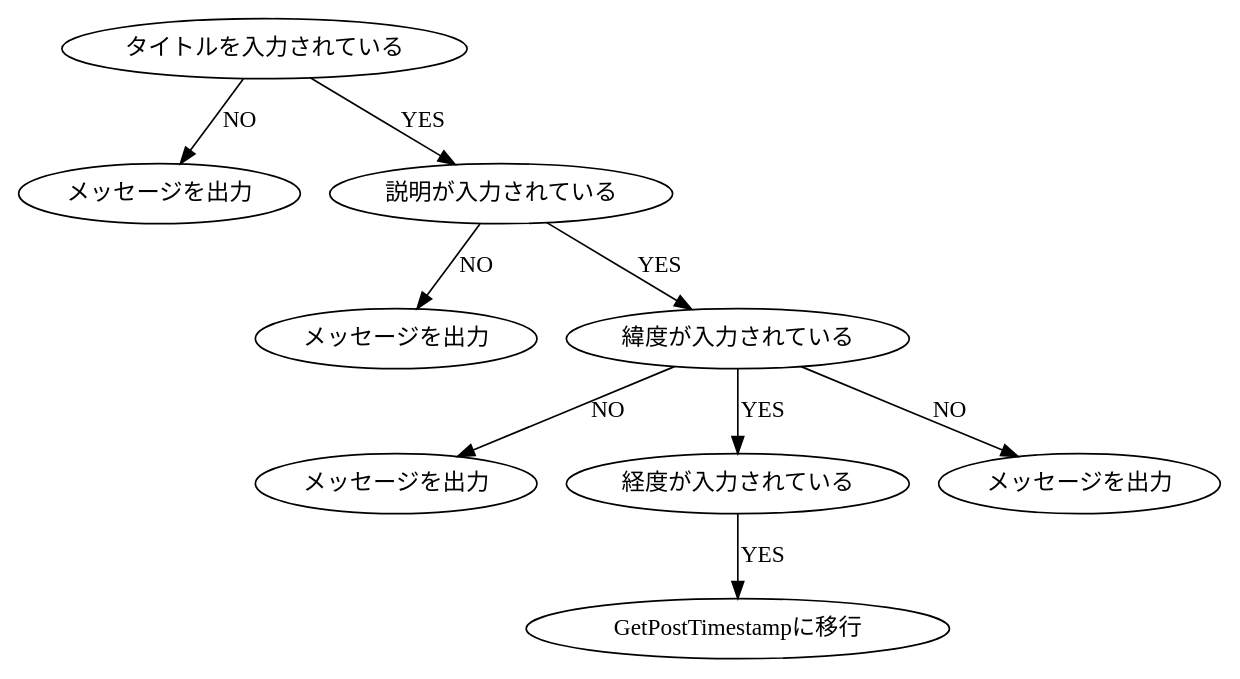
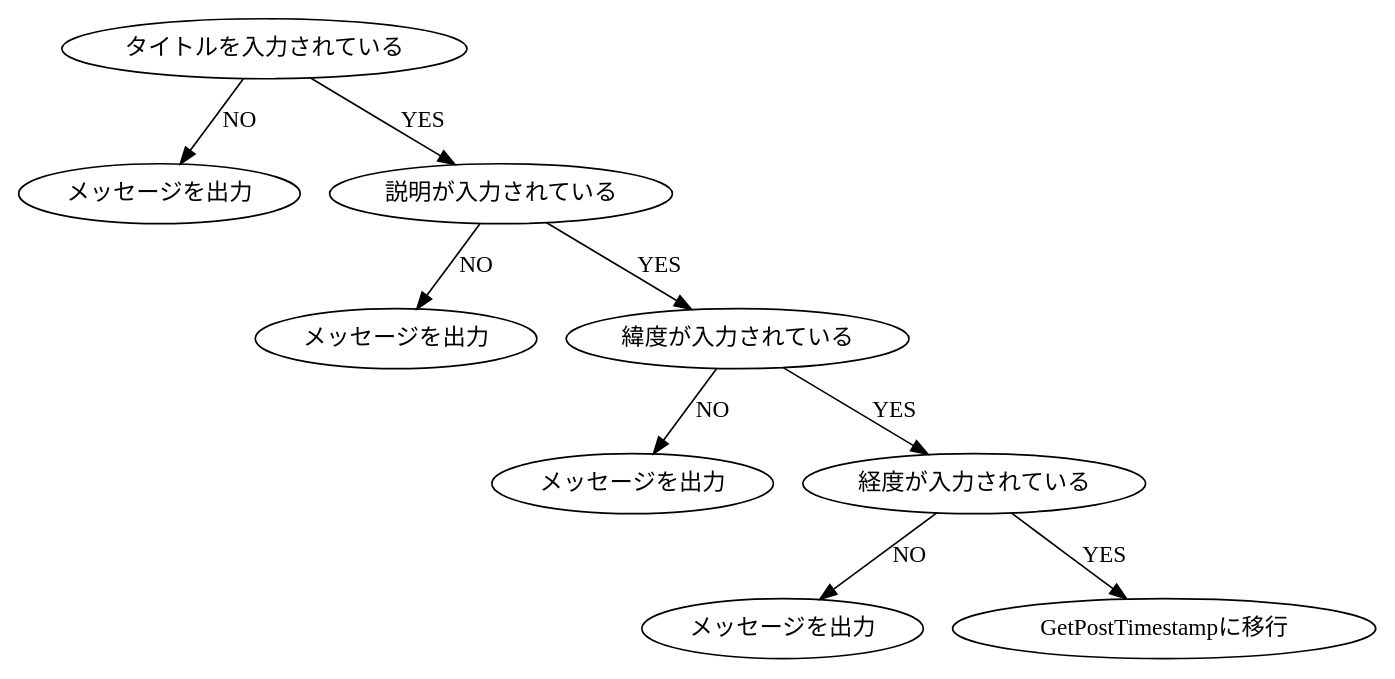
Before and after one commit to KUT-Group12/internal_design: the diagram in dot/marudemaru/NewPostScreen.dot, drawn with Graphviz. The commit also changed 15 other files, not shown here.

```diff
--- a/dot/marudemaru/NewPostScreen.dot
+++ b/dot/marudemaru/NewPostScreen.dot
@@ -1,22 +1,22 @@
 digraph G {
     #include "style.doth"
 
     title[label = "タイトルを入力されている"]
     notitle[label = "メッセージを出力"]
     content[label = "説明が入力されている"]
     nocontent[label = "メッセージを出力"]
     latitude[label = "緯度が入力されている"]
     nolatitude[label = "メッセージを出力"]
     longitude[label = "経度が入力されている"]
     nolongitude[label = "メッセージを出力"]
     move[label = "GetPostTimestampに移行"]
 
     title -> notitle [label = "NO"]
     title -> content [label = "YES"]
     content -> nocontent [label = "NO"]
     content -> latitude [label = "YES"]
     latitude -> nolatitude [label = "NO"]
     latitude -> longitude [label = "YES"]
-    latitude -> nolongitude [label = "NO"]
+    longitude -> nolongitude [label = "NO"]
     longitude -> move [label = "YES"]
 }
```
